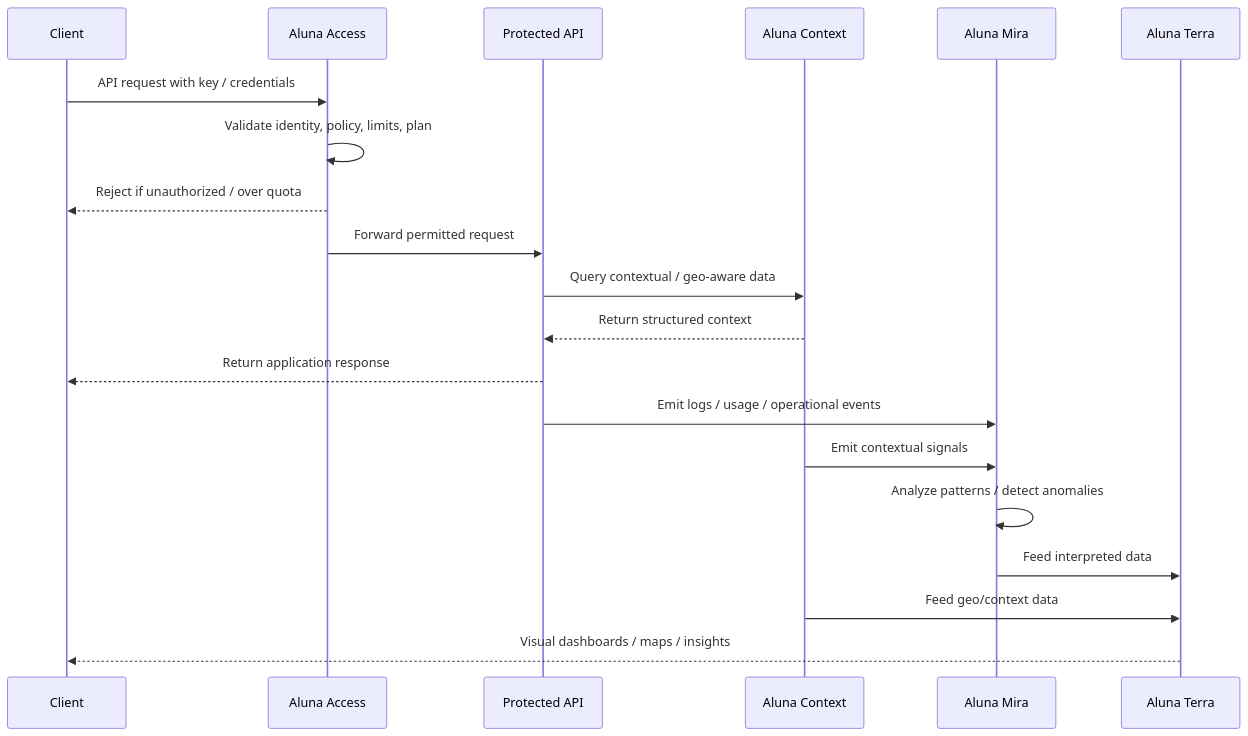
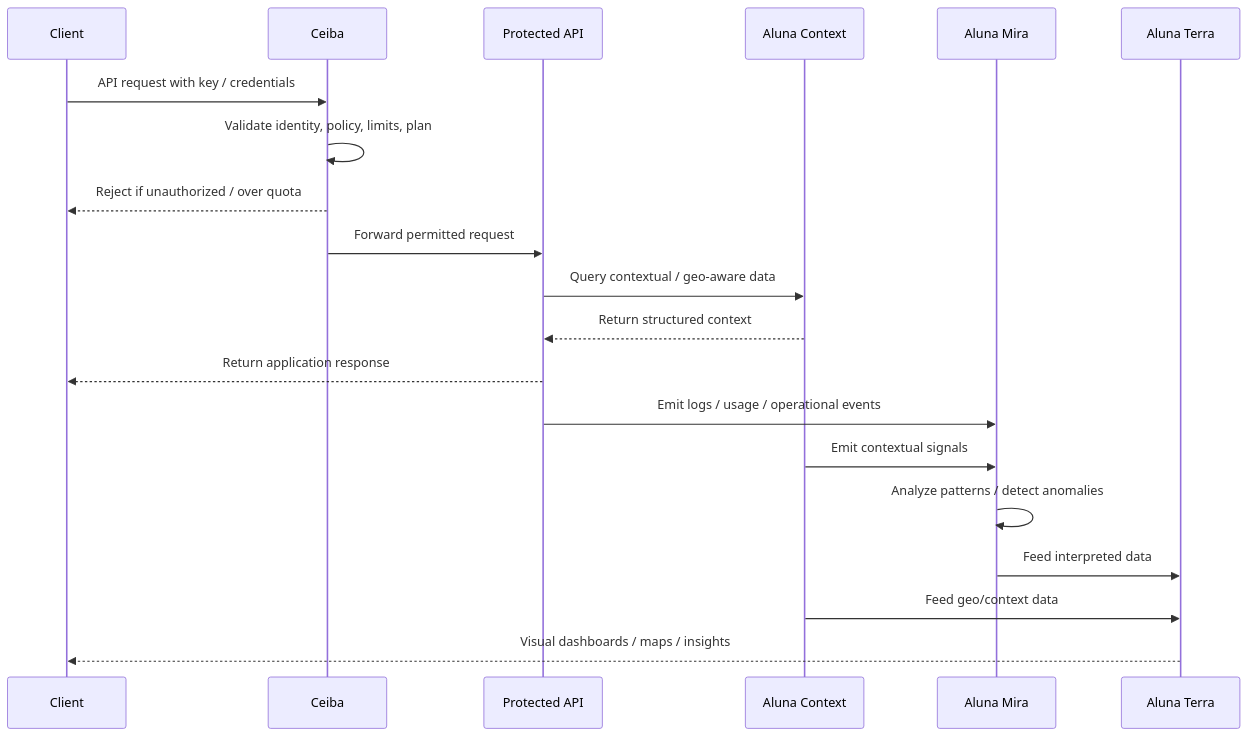
One commit to davidpal3c/mu-platform_homelab changed the diagram in docs/aluna-platform/diagrams/03-request-lifecycle.md. Above: the diagram before and after it, drawn with Mermaid. The commit also changed 21 other files, not shown here.

````diff
--- a/docs/aluna-platform/diagrams/03-request-lifecycle.md
+++ b/docs/aluna-platform/diagrams/03-request-lifecycle.md
@@ -3,27 +3,27 @@
 ```mermaid
 sequenceDiagram
     participant Client
-    participant Access as Aluna Access
+    participant Ceiba as Ceiba
     participant API as Protected API
     participant Context as Aluna Context
     participant Mira as Aluna Mira
     participant Terra as Aluna Terra
 
-    Client->>Access: API request with key / credentials
-    Access->>Access: Validate identity, policy, limits, plan
-    Access-->>Client: Reject if unauthorized / over quota
-    Access->>API: Forward permitted request
+    Client->>Ceiba: API request with key / credentials
+    Ceiba->>Ceiba: Validate identity, policy, limits, plan
+    Ceiba-->>Client: Reject if unauthorized / over quota
+    Ceiba->>API: Forward permitted request
 
     API->>Context: Query contextual / geo-aware data
     Context-->>API: Return structured context
 
     API-->>Client: Return application response
 
     API->>Mira: Emit logs / usage / operational events
     Context->>Mira: Emit contextual signals
     Mira->>Mira: Analyze patterns / detect anomalies
 
     Mira->>Terra: Feed interpreted data
     Context->>Terra: Feed geo/context data
     Terra-->>Client: Visual dashboards / maps / insights
 ```
````
